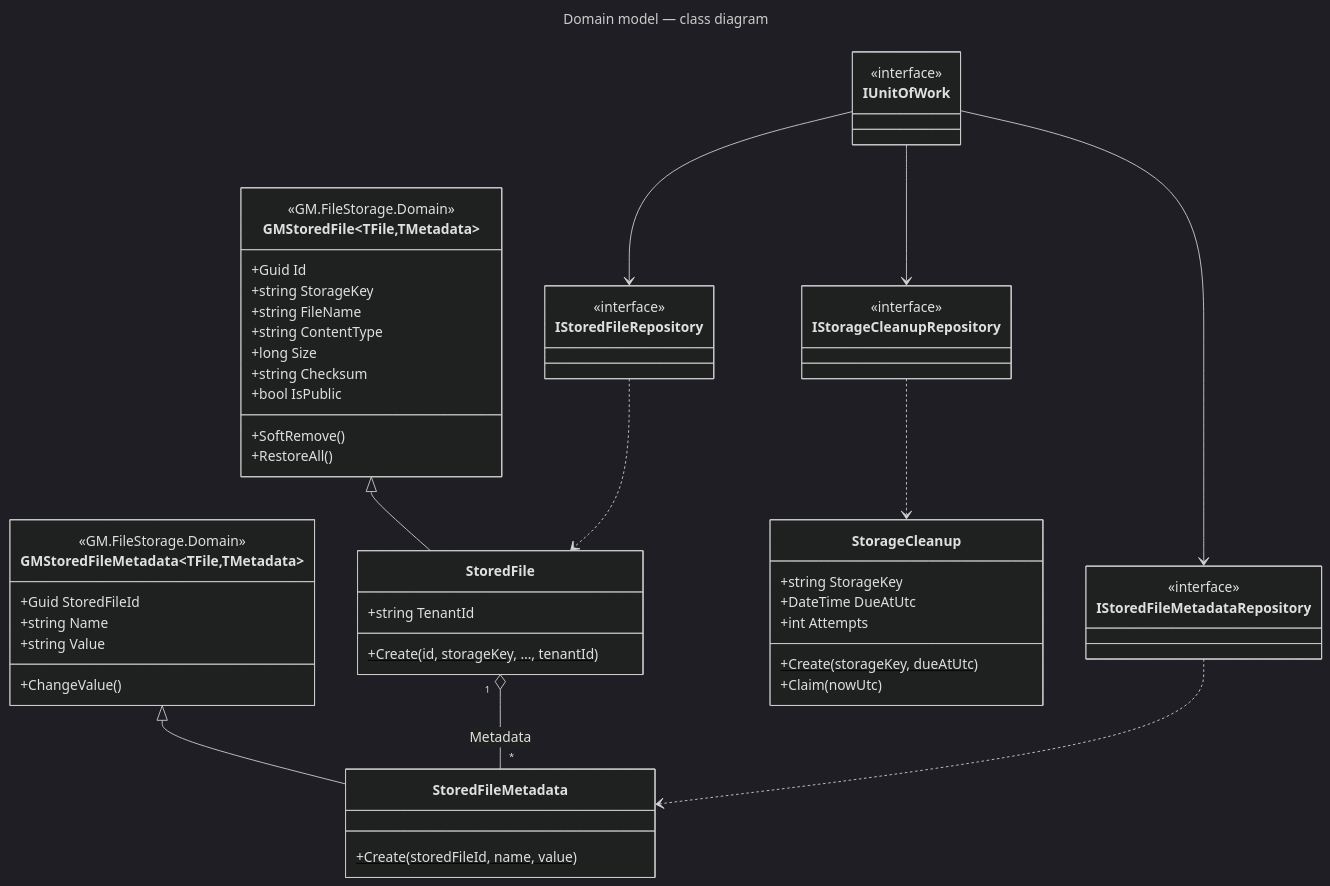
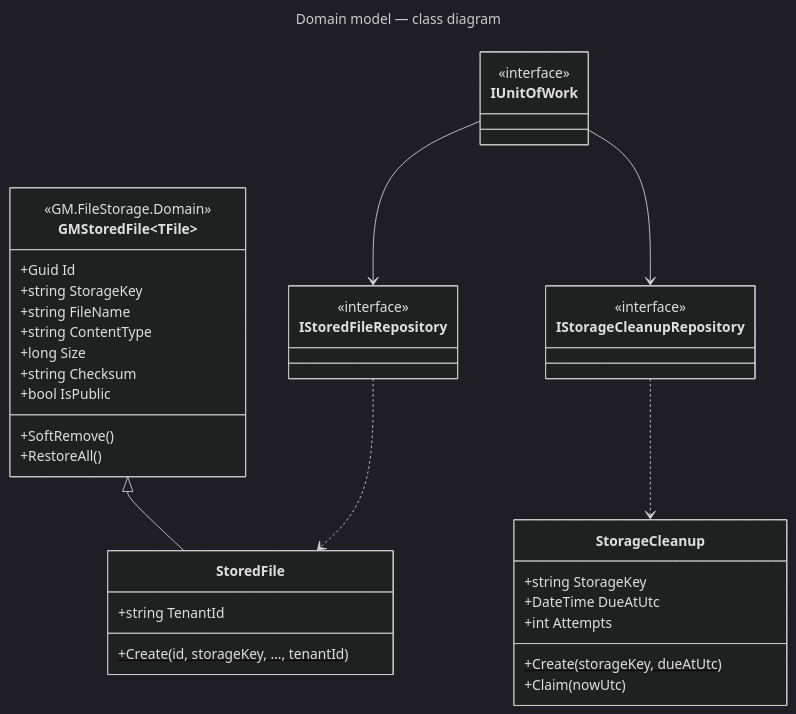
Before and after one commit to gmetskhvarishvili/GM.FileStorage.Samples: the sixth of 6 diagrams in docs/dependencies.md, drawn with Mermaid (dark theme). The commit also changed other lines of this file and 27 other files, not shown here.

First line of the commit message:
refactor: drop the stored_file_metadata table

````diff
--- a/docs/dependencies.md
+++ b/docs/dependencies.md
@@ -262,63 +261,46 @@
 ```mermaid
 ---
 title: Domain model — class diagram
 ---
 classDiagram
     direction TB
 
-    class GMStoredFile~TFile,TMetadata~ {
+    class GMStoredFile~TFile~ {
         <<GM.FileStorage.Domain>>
         +Guid Id
         +string StorageKey
         +string FileName
         +string ContentType
         +long Size
         +string Checksum
         +bool IsPublic
         +SoftRemove()
         +RestoreAll()
     }
-    class GMStoredFileMetadata~TFile,TMetadata~ {
-        <<GM.FileStorage.Domain>>
-        +Guid StoredFileId
-        +string Name
-        +string Value
-        +ChangeValue()
-    }
     class StoredFile {
         +string TenantId
         +Create(id, storageKey, …, tenantId)$
-    }
-    class StoredFileMetadata {
-        +Create(storedFileId, name, value)$
     }
     class StorageCleanup {
         +string StorageKey
         +DateTime DueAtUtc
         +int Attempts
         +Create(storageKey, dueAtUtc)$
         +Claim(nowUtc)
     }
     class IUnitOfWork {
         <<interface>>
     }
     class IStoredFileRepository {
         <<interface>>
     }
-    class IStoredFileMetadataRepository {
-        <<interface>>
-    }
     class IStorageCleanupRepository {
         <<interface>>
     }
 
     GMStoredFile <|-- StoredFile
-    GMStoredFileMetadata <|-- StoredFileMetadata
-    StoredFile "1" o-- "*" StoredFileMetadata : Metadata
     IUnitOfWork --> IStoredFileRepository
-    IUnitOfWork --> IStoredFileMetadataRepository
     IUnitOfWork --> IStorageCleanupRepository
     IStoredFileRepository ..> StoredFile
-    IStoredFileMetadataRepository ..> StoredFileMetadata
     IStorageCleanupRepository ..> StorageCleanup
 ```
````
